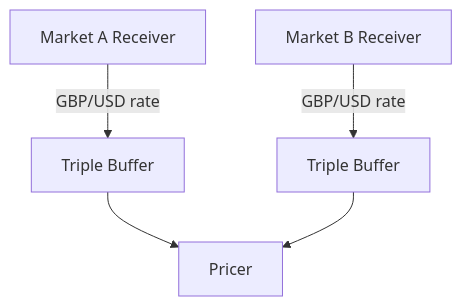
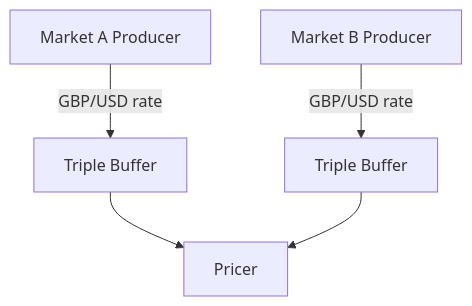
The second of 2 diagrams in TripleBuffer/README.md (bthreader/Func-Fin-Eng), drawn with Mermaid before and after one commit. The commit also changed other lines of this file and 3 other files, not shown here.

````diff
--- a/TripleBuffer/README.md
+++ b/TripleBuffer/README.md
@@ -49,7 +47,7 @@
 ```mermaid
 graph TB
-    A[Market A Receiver] --GBP/USD rate--> BA[Triple Buffer]
-    B[Market B Receiver] --GBP/USD rate--> BB[Triple Buffer]
+    A[Market A Producer] --GBP/USD rate--> BA[Triple Buffer]
+    B[Market B Producer] --GBP/USD rate--> BB[Triple Buffer]
     BA --> P[Pricer]
     BB --> P
 ```
````
